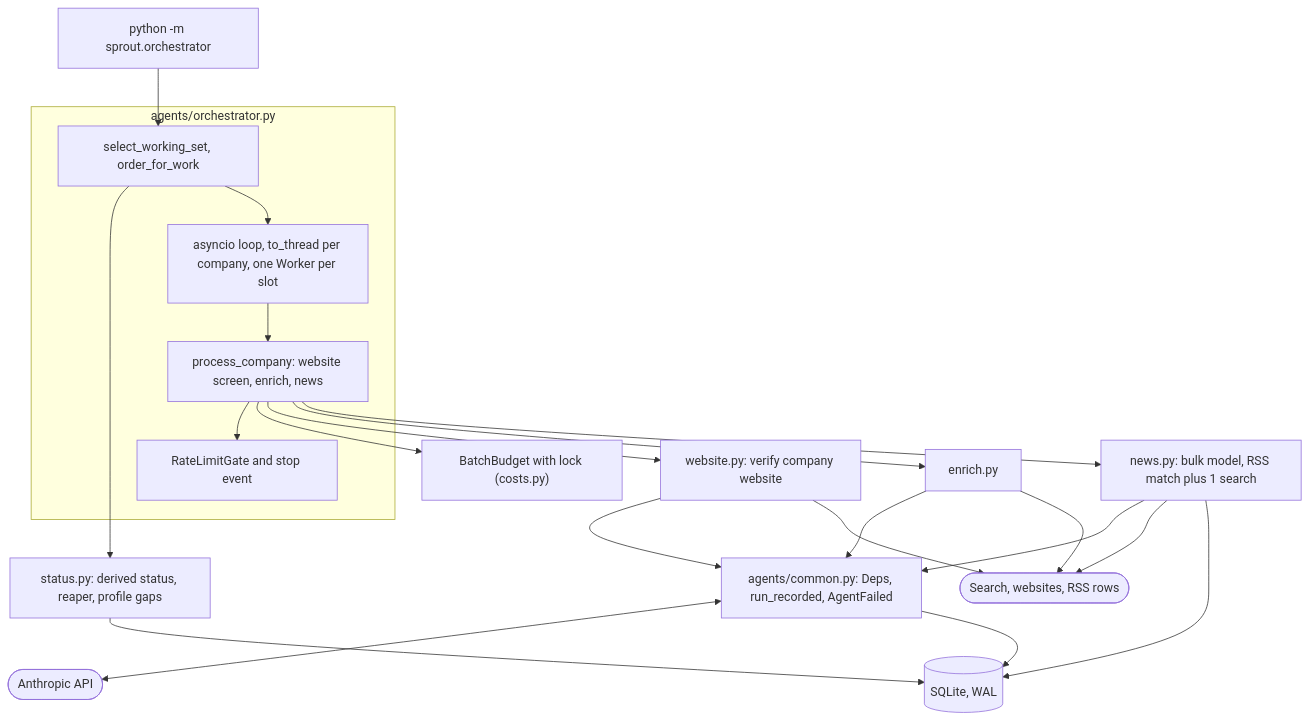
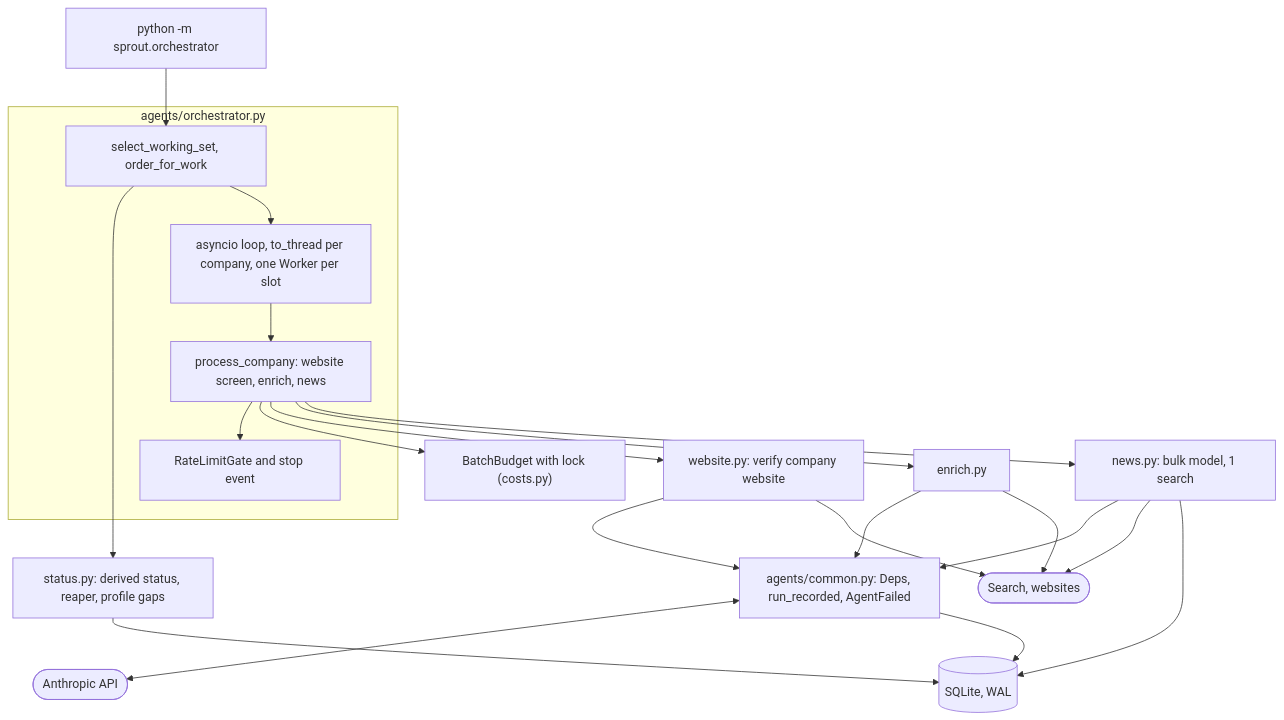
Before and after one commit to Farzaanee/sprout: the first of 2 diagrams in docs/architecture/phases/phase-6-multi-agent.md, drawn with Mermaid. The commit also changed other lines of this file and 39 other files, not shown here.

Commit message:
remove news_item table and rss feed matching

````diff
--- a/docs/architecture/phases/phase-6-multi-agent.md
+++ b/docs/architecture/phases/phase-6-multi-agent.md
@@ -7,38 +7,38 @@
 ```mermaid
 flowchart TB
     CLI["python -m sprout.orchestrator"]
     subgraph ORCH["agents/orchestrator.py"]
         SEL["select_working_set, order_for_work"]
         POOL["asyncio loop, to_thread per company, one Worker per slot"]
         PROC["process_company: website screen, enrich, news"]
         GATE["RateLimitGate and stop event"]
     end
     STATUS["status.py: derived status, reaper, profile gaps"]
     COMMON["agents/common.py: Deps, run_recorded, AgentFailed"]
     WEBSITE["website.py: verify company website"]
     ENR["enrich.py"]
-    NEWS["news.py: bulk model, RSS match plus 1 search"]
+    NEWS["news.py: bulk model, 1 search"]
     LLM(["Anthropic API"])
-    EXT(["Search, websites, RSS rows"])
+    EXT(["Search, websites"])
     BATCH["BatchBudget with lock (costs.py)"]
     SQL[("SQLite, WAL")]
     CLI --> SEL
     SEL --> STATUS
     STATUS --> SQL
     SEL --> POOL
     POOL --> PROC
     PROC --> GATE
     PROC --> BATCH
     PROC --> WEBSITE
     PROC --> ENR
     PROC --> NEWS
     WEBSITE --> COMMON
     ENR --> COMMON
     NEWS --> COMMON
     COMMON <--> LLM
     WEBSITE --> EXT
     ENR --> EXT
     NEWS --> EXT
     COMMON --> SQL
     NEWS --> SQL
 ```
````
